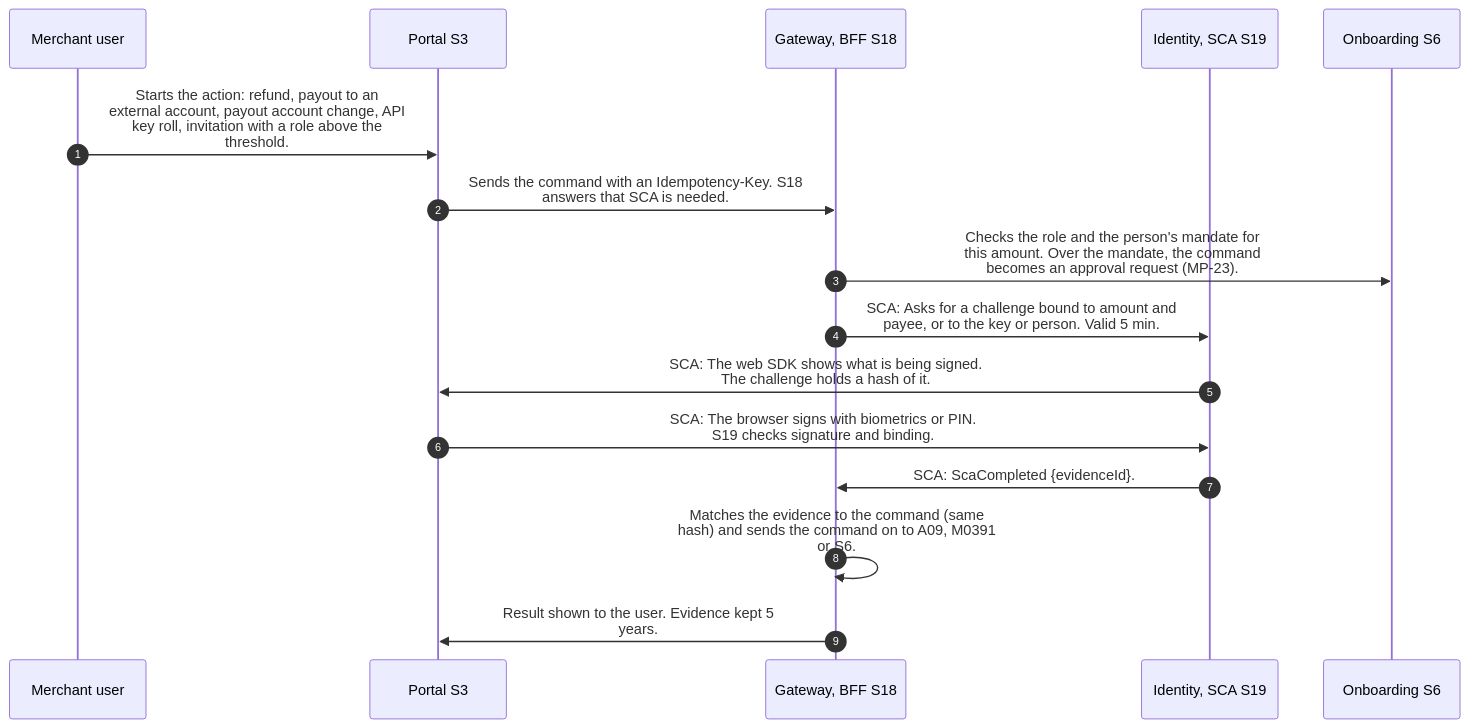
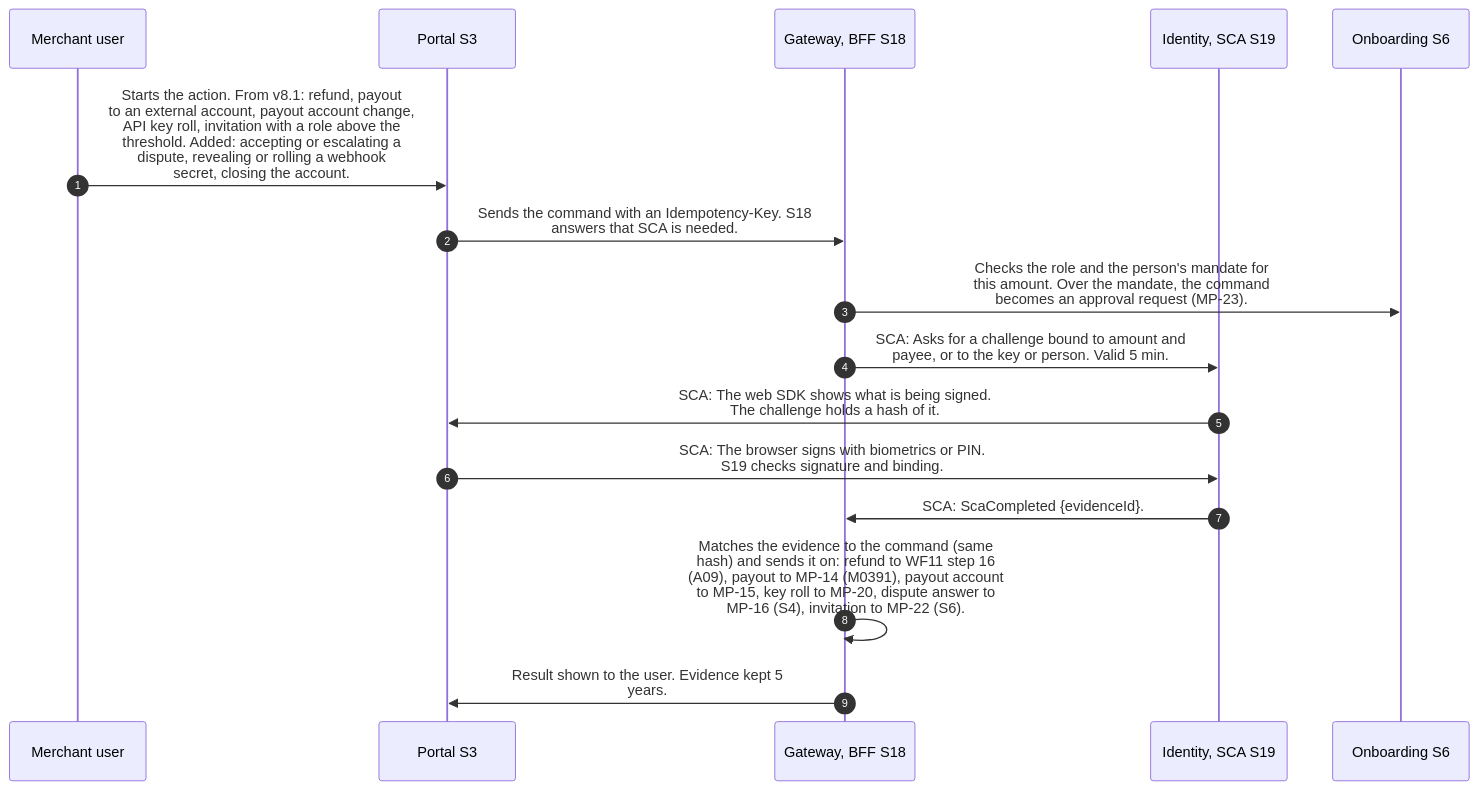
One commit to paytinno/merchant-portal-workflows changed the first of 2 diagrams in docs/workflows/MP-03-strong-customer-authentication-for-actions.md. Above: the diagram before and after it, drawn with Mermaid. The commit also changed other lines of this file and 36 other files, not shown here.

````diff
--- a/docs/workflows/MP-03-strong-customer-authentication-for-actions.md
+++ b/docs/workflows/MP-03-strong-customer-authentication-for-actions.md
@@ -21,18 +21,18 @@
 ```mermaid
 sequenceDiagram
   autonumber
   participant MER as Merchant user
   participant S3 as Portal S3
   participant S18 as Gateway, BFF S18
   participant S19 as Identity, SCA S19
   participant S6 as Onboarding S6
-  MER->>S3: Starts the action: refund, payout to an<br/>external account, payout account change, API<br/>key roll, invitation with a role above the<br/>threshold.
+  MER->>S3: Starts the action. From v8.1: refund, payout<br/>to an external account, payout account change,<br/>API key roll, invitation with a role above the<br/>threshold. Added: accepting or escalating a<br/>dispute, revealing or rolling a webhook<br/>secret, closing the account.
   S3->>S18: Sends the command with an Idempotency-Key. S18<br/>answers that SCA is needed.
   S18->>S6: Checks the role and the person's mandate for<br/>this amount. Over the mandate, the command<br/>becomes an approval request (MP-23).
   S18->>S19: SCA: Asks for a challenge bound to amount and<br/>payee, or to the key or person. Valid 5 min.
   S19->>S3: SCA: The web SDK shows what is being signed.<br/>The challenge holds a hash of it.
   S3->>S19: SCA: The browser signs with biometrics or PIN.<br/>S19 checks signature and binding.
   S19->>S18: SCA: ScaCompleted {evidenceId}.
-  S18->>S18: Matches the evidence to the command (same<br/>hash) and sends the command on to A09, M0391<br/>or S6.
+  S18->>S18: Matches the evidence to the command (same<br/>hash) and sends it on: refund to WF11 step 16<br/>(A09), payout to MP-14 (M0391), payout account<br/>to MP-15, key roll to MP-20, dispute answer to<br/>MP-16 (S4), invitation to MP-22 (S6).
   S18->>S3: Result shown to the user. Evidence kept 5<br/>years.
 ```
````
